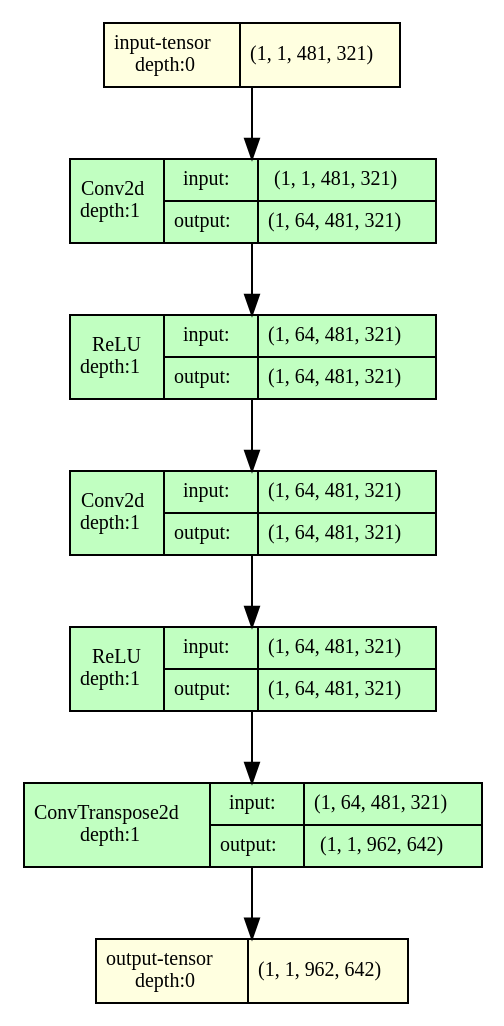
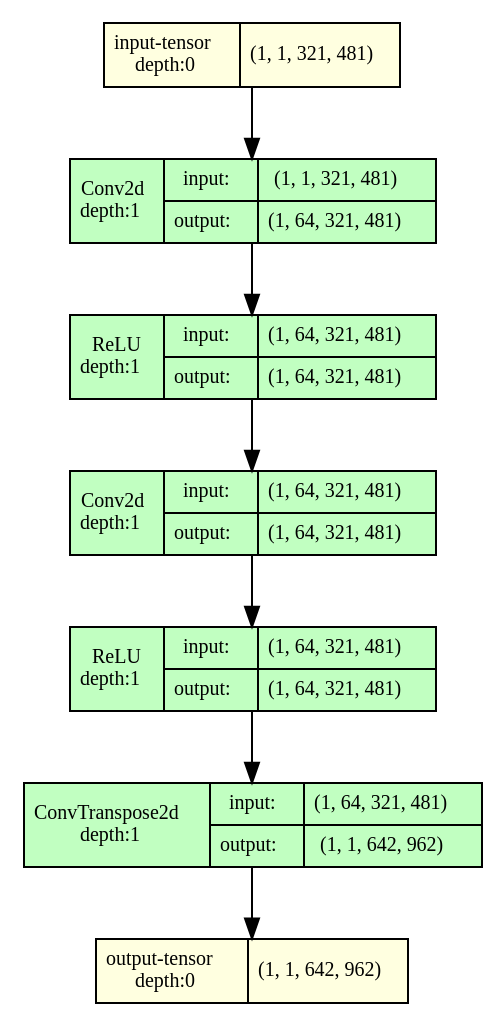
One commit to zizou47/NN-Deep-Learning changed the diagram in home work/pw2/model.gv. Above: the diagram before and after it, drawn with Graphviz. The commit also changed 9 other files, not shown here.

```diff
--- a/home work/pw2/model.gv
+++ b/home work/pw2/model.gv
@@ -1,86 +1,86 @@
 strict digraph model {
 	graph [ordering=in rankdir=TB size="12.0,12.0"]
 	node [align=left fontname="Linux libertine" fontsize=10 height=0.2 margin=0 ranksep=0.1 shape=plaintext style=filled]
 	edge [fontsize=10]
 	0 [label=<
                     <TABLE BORDER="0" CELLBORDER="1"
                     CELLSPACING="0" CELLPADDING="4">
-                        <TR><TD>input-tensor<BR/>depth:0</TD><TD>(1, 1, 481, 321)</TD></TR>
+                        <TR><TD>input-tensor<BR/>depth:0</TD><TD>(1, 1, 321, 481)</TD></TR>
                     </TABLE>> fillcolor=lightyellow]
 	1 [label=<
                     <TABLE BORDER="0" CELLBORDER="1"
                     CELLSPACING="0" CELLPADDING="4">
                     <TR>
                         <TD ROWSPAN="2">Conv2d<BR/>depth:1</TD>
                         <TD COLSPAN="2">input:</TD>
-                        <TD COLSPAN="2">(1, 1, 481, 321) </TD>
+                        <TD COLSPAN="2">(1, 1, 321, 481) </TD>
                     </TR>
                     <TR>
                         <TD COLSPAN="2">output: </TD>
-                        <TD COLSPAN="2">(1, 64, 481, 321) </TD>
+                        <TD COLSPAN="2">(1, 64, 321, 481) </TD>
                     </TR>
                     </TABLE>> fillcolor=darkseagreen1]
 	2 [label=<
                     <TABLE BORDER="0" CELLBORDER="1"
                     CELLSPACING="0" CELLPADDING="4">
                     <TR>
                         <TD ROWSPAN="2">ReLU<BR/>depth:1</TD>
                         <TD COLSPAN="2">input:</TD>
-                        <TD COLSPAN="2">(1, 64, 481, 321) </TD>
+                        <TD COLSPAN="2">(1, 64, 321, 481) </TD>
                     </TR>
                     <TR>
                         <TD COLSPAN="2">output: </TD>
-                        <TD COLSPAN="2">(1, 64, 481, 321) </TD>
+                        <TD COLSPAN="2">(1, 64, 321, 481) </TD>
                     </TR>
                     </TABLE>> fillcolor=darkseagreen1]
 	3 [label=<
                     <TABLE BORDER="0" CELLBORDER="1"
                     CELLSPACING="0" CELLPADDING="4">
                     <TR>
                         <TD ROWSPAN="2">Conv2d<BR/>depth:1</TD>
                         <TD COLSPAN="2">input:</TD>
-                        <TD COLSPAN="2">(1, 64, 481, 321) </TD>
+                        <TD COLSPAN="2">(1, 64, 321, 481) </TD>
                     </TR>
                     <TR>
                         <TD COLSPAN="2">output: </TD>
-                        <TD COLSPAN="2">(1, 64, 481, 321) </TD>
+                        <TD COLSPAN="2">(1, 64, 321, 481) </TD>
                     </TR>
                     </TABLE>> fillcolor=darkseagreen1]
 	4 [label=<
                     <TABLE BORDER="0" CELLBORDER="1"
                     CELLSPACING="0" CELLPADDING="4">
                     <TR>
                         <TD ROWSPAN="2">ReLU<BR/>depth:1</TD>
                         <TD COLSPAN="2">input:</TD>
-                        <TD COLSPAN="2">(1, 64, 481, 321) </TD>
+                        <TD COLSPAN="2">(1, 64, 321, 481) </TD>
                     </TR>
                     <TR>
                         <TD COLSPAN="2">output: </TD>
-                        <TD COLSPAN="2">(1, 64, 481, 321) </TD>
+                        <TD COLSPAN="2">(1, 64, 321, 481) </TD>
                     </TR>
                     </TABLE>> fillcolor=darkseagreen1]
 	5 [label=<
                     <TABLE BORDER="0" CELLBORDER="1"
                     CELLSPACING="0" CELLPADDING="4">
                     <TR>
                         <TD ROWSPAN="2">ConvTranspose2d<BR/>depth:1</TD>
                         <TD COLSPAN="2">input:</TD>
-                        <TD COLSPAN="2">(1, 64, 481, 321) </TD>
+                        <TD COLSPAN="2">(1, 64, 321, 481) </TD>
                     </TR>
                     <TR>
                         <TD COLSPAN="2">output: </TD>
-                        <TD COLSPAN="2">(1, 1, 962, 642) </TD>
+                        <TD COLSPAN="2">(1, 1, 642, 962) </TD>
                     </TR>
                     </TABLE>> fillcolor=darkseagreen1]
 	6 [label=<
                     <TABLE BORDER="0" CELLBORDER="1"
                     CELLSPACING="0" CELLPADDING="4">
-                        <TR><TD>output-tensor<BR/>depth:0</TD><TD>(1, 1, 962, 642)</TD></TR>
+                        <TR><TD>output-tensor<BR/>depth:0</TD><TD>(1, 1, 642, 962)</TD></TR>
                     </TABLE>> fillcolor=lightyellow]
 	0 -> 1
 	1 -> 2
 	2 -> 3
 	3 -> 4
 	4 -> 5
 	5 -> 6
 }
```
